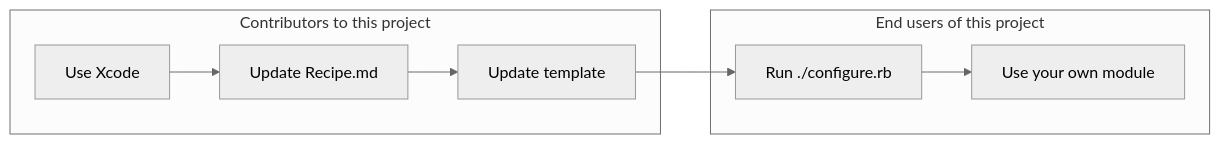
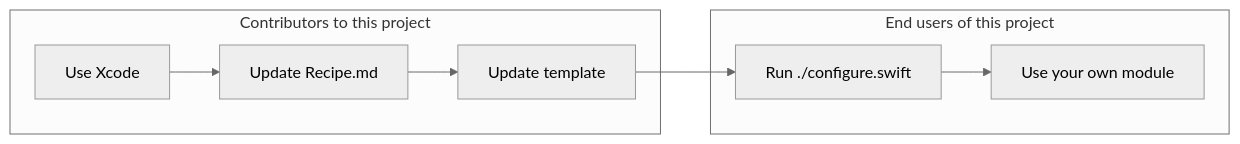
Before and after one commit to fulldecent/swift6-module-template: the diagram in README.md, drawn with Mermaid (neutral theme). The commit also changed other lines of this file and 5 other files, not shown here.

````diff
--- a/README.md
+++ b/README.md
@@ -46,11 +46,11 @@
 ```mermaid
 graph LR
     subgraph Contributors to this project
     X[Use Xcode] --> R[Update Recipe.md]
     R --> T[Update template]
     end
     T --> C
     subgraph End users of this project
-    C[Run ./configure.rb] --> M[Use your own module]
+    C[Run ./configure.swift] --> M[Use your own module]
     end
 ```
````
